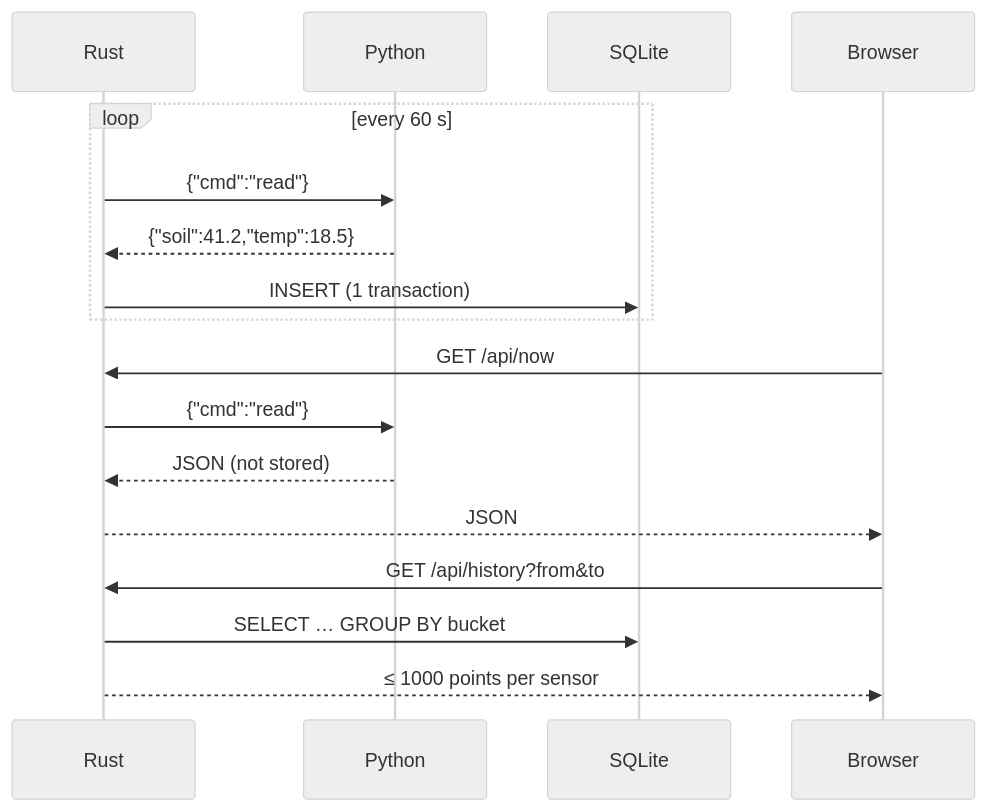
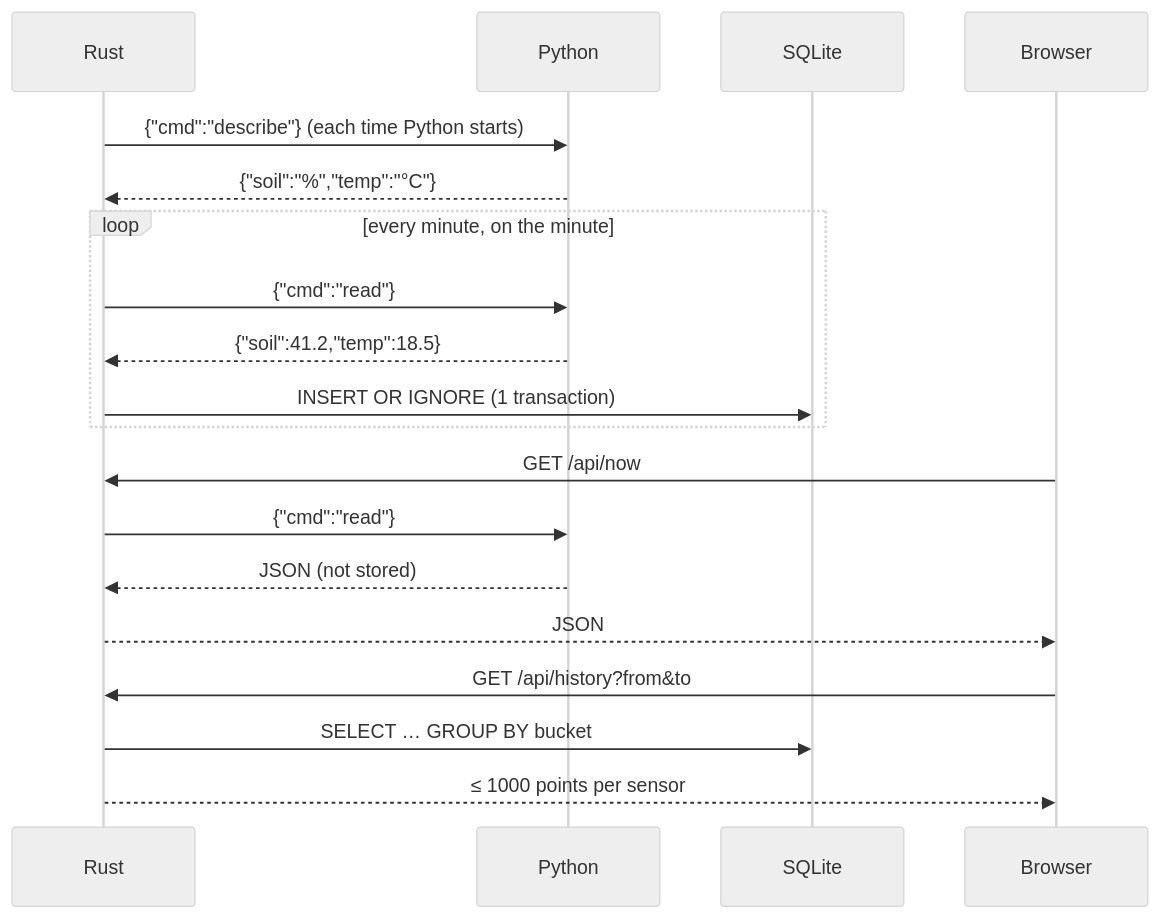
The second of 2 diagrams in ARCHITECTURE.md (JacobMcnelly/Garden_Project_GEAR2026-27), drawn with Mermaid (neutral theme) before and after one commit. The commit also changed other lines of this file and 3 other files, not shown here.

First line of the commit message:
Settle architecture decisions and team boundaries

````diff
--- a/ARCHITECTURE.md
+++ b/ARCHITECTURE.md
@@ -42,15 +47,17 @@
 ```mermaid
 sequenceDiagram
-    loop every 60 s
+    Rust->>Python: {"cmd":"describe"} (each time Python starts)
+    Python-->>Rust: {"soil":"%","temp":"°C"}
+    loop every minute, on the minute
         Rust->>Python: {"cmd":"read"}
         Python-->>Rust: {"soil":41.2,"temp":18.5}
-        Rust->>SQLite: INSERT (1 transaction)
+        Rust->>SQLite: INSERT OR IGNORE (1 transaction)
     end
     Browser->>Rust: GET /api/now
     Rust->>Python: {"cmd":"read"}
     Python-->>Rust: JSON (not stored)
     Rust-->>Browser: JSON
     Browser->>Rust: GET /api/history?from&to
     Rust->>SQLite: SELECT … GROUP BY bucket
     Rust-->>Browser: ≤ 1000 points per sensor
 ```
````
